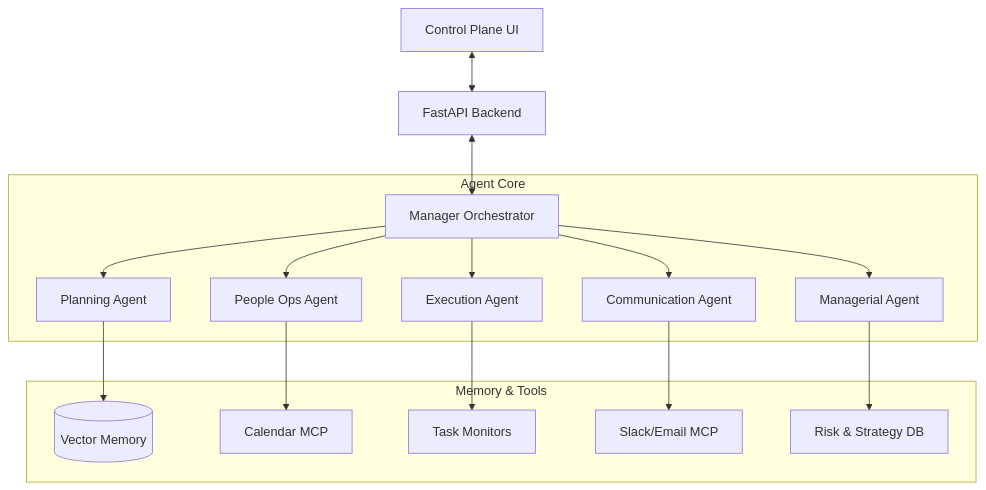
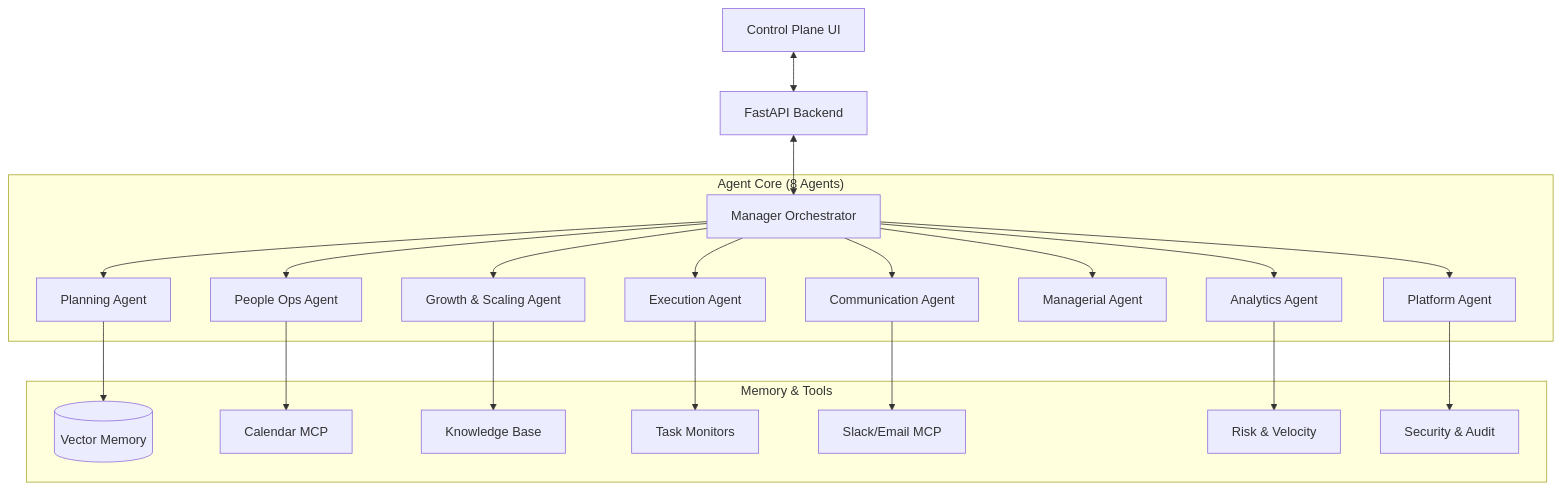
The diagram in README.md (agusain2001/Virtual-manager), drawn with Mermaid before and after one commit. The commit also changed other lines of this file and 1 other file, not shown here.

Commit message:
docs: Update README and AGENTS for phase 3-6

````diff
--- a/README.md
+++ b/README.md
@@ -15,21 +16,26 @@
 ```mermaid
 graph TD
     User[Control Plane UI] <--> API[FastAPI Backend]
     API <--> Orchestrator[Manager Orchestrator]
     
-    subgraph "Agent Core"
+    subgraph "Agent Core (8 Agents)"
         Orchestrator --> Planning[Planning Agent]
         Orchestrator --> People[People Ops Agent]
+        Orchestrator --> Growth[Growth & Scaling Agent]
         Orchestrator --> Exec[Execution Agent]
         Orchestrator --> Comm[Communication Agent]
         Orchestrator --> Managerial[Managerial Agent]
+        Orchestrator --> Analytics[Analytics Agent]
+        Orchestrator --> Platform[Platform Agent]
     end
     
     subgraph "Memory & Tools"
         Planning --> VectorDB[(Vector Memory)]
         People --> Cal[Calendar MCP]
+        Growth --> KB[Knowledge Base]
         Exec --> Mon[Task Monitors]
         Comm --> Slack[Slack/Email MCP]
-        Managerial --> Strategy[Risk & Strategy DB]
+        Analytics --> Forecast[Risk & Velocity]
+        Platform --> RBAC[Security & Audit]
     end
 ```
````
